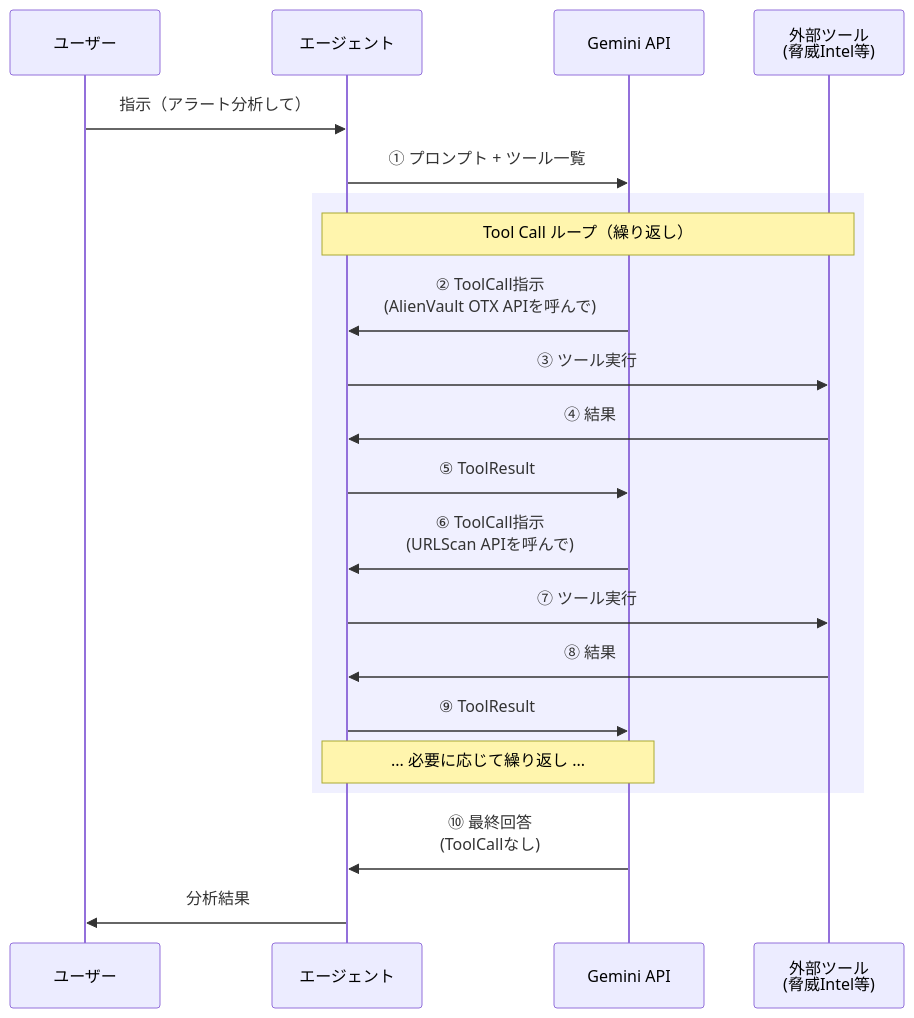
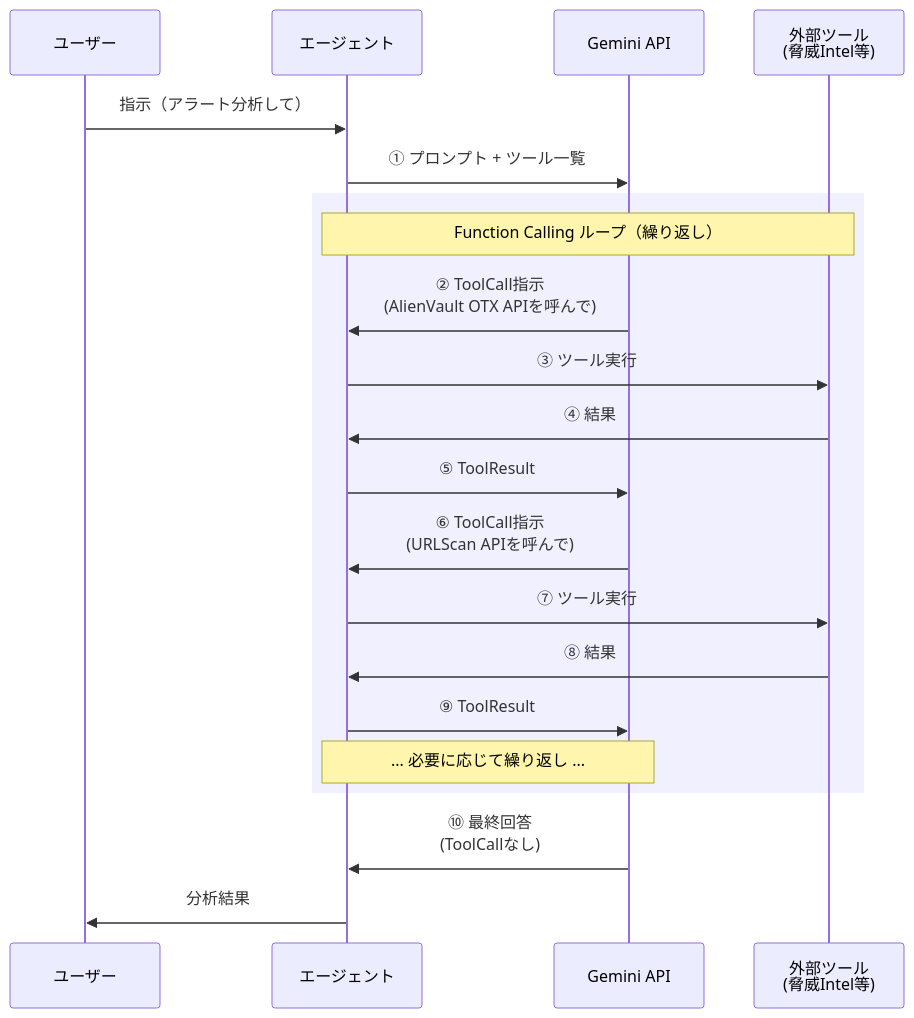
Before and after one commit to m-mizutani/advcal2025: the third of 4 diagrams in articles/sec-agent-03-architecture.md, drawn with Mermaid. The commit also changed other lines of this file and 2 other files, not shown here.

Commit message:
docs: update terminology from "Tool Call" to "Function Calling" for consistency across articles

````diff
--- a/articles/sec-agent-03-architecture.md
+++ b/articles/sec-agent-03-architecture.md
@@ -319,28 +319,28 @@
 ```mermaid
 sequenceDiagram
     participant User as ユーザー
     participant App as エージェント
     participant LLM as Gemini API
     participant Tool as 外部ツール<br/>(脅威Intel等)
 
     User->>App: 指示（アラート分析して）
     App->>LLM: ① プロンプト + ツール一覧
 
     rect rgb(240, 240, 255)
-        Note over App,Tool: Tool Call ループ（繰り返し）
+        Note over App,Tool: Function Calling ループ（繰り返し）
         LLM->>App: ② ToolCall指示<br/>(AlienVault OTX APIを呼んで)
         App->>Tool: ③ ツール実行
         Tool->>App: ④ 結果
         App->>LLM: ⑤ ToolResult
 
         LLM->>App: ⑥ ToolCall指示<br/>(URLScan APIを呼んで)
         App->>Tool: ⑦ ツール実行
         Tool->>App: ⑧ 結果
         App->>LLM: ⑨ ToolResult
 
         Note over LLM,App: ... 必要に応じて繰り返し ...
     end
 
     LLM->>App: ⑩ 最終回答<br/>(ToolCallなし)
     App->>User: 分析結果
 ```
````
